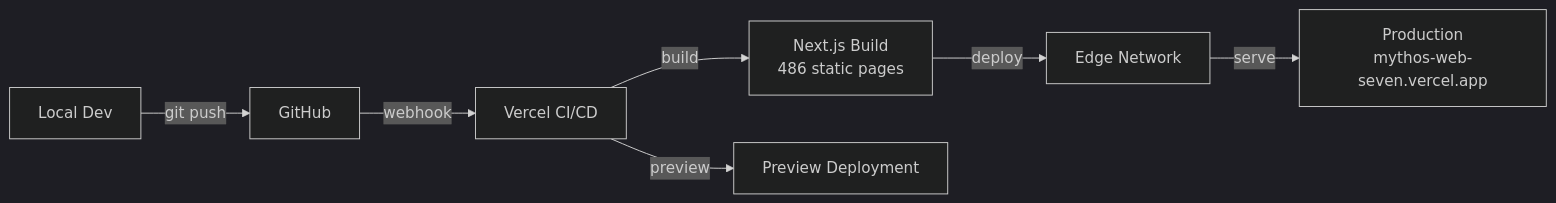
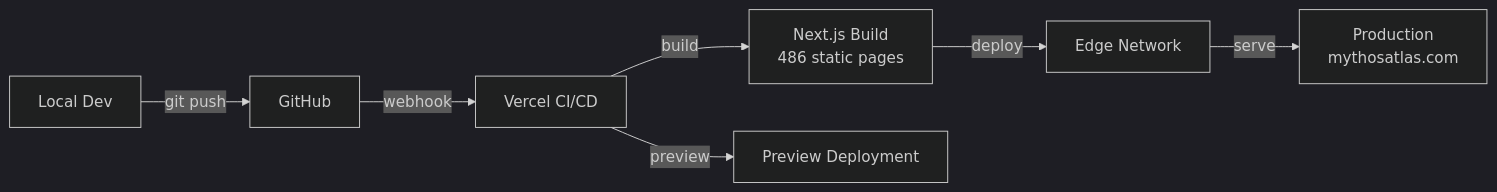
The fifth of 5 diagrams in ARCHITECTURE.md (forbiddenlink/mythos), drawn with Mermaid (dark theme) before and after one commit. The commit also changed other lines of this file and 3 other files, not shown here.

Commit message:
chore: update remaining URLs to mythosatlas.com

````diff
--- a/ARCHITECTURE.md
+++ b/ARCHITECTURE.md
@@ -244,9 +244,9 @@
 ```mermaid
 graph LR
     A[Local Dev] -->|git push| B[GitHub]
     B -->|webhook| C[Vercel CI/CD]
     C -->|build| D[Next.js Build<br/>486 static pages]
     D -->|deploy| E[Edge Network]
-    E -->|serve| F[Production<br/>mythos-web-seven.vercel.app]
+    E -->|serve| F[Production<br/>mythosatlas.com]
     C -->|preview| G[Preview Deployment]
 ```
````
